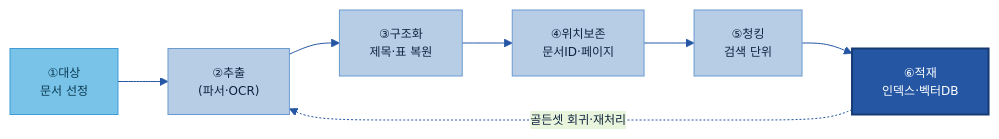
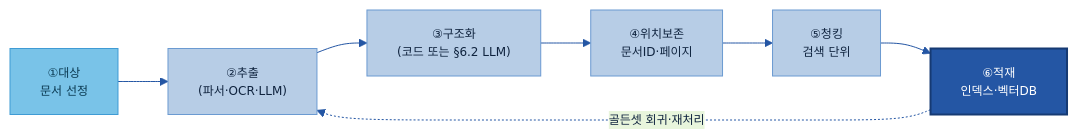
The fifth of 9 diagrams in 가이드 작성/B-1 데이터 전처리/B-1 데이터 전처리.md (jin-kearney/ai-ready-data-manual), drawn with Mermaid before and after one commit. The commit also changed other lines of this file, not shown here.

````diff
--- a/가이드 작성/B-1 데이터 전처리/B-1 데이터 전처리.md
+++ b/가이드 작성/B-1 데이터 전처리/B-1 데이터 전처리.md
@@ -496,15 +496,15 @@
 ```mermaid
 %%{init: {'theme':'base','themeVariables':{'primaryColor':'#DCE8F5','primaryBorderColor':'#2456A4','primaryTextColor':'#10243f','lineColor':'#2456A4','fontSize':'12px'}}}%%
 flowchart LR
     A1["①대상<br/>문서 선정"]:::src
-    A2["②추출<br/>(파서·OCR)"]:::n
-    A3["③구조화<br/>제목·표 복원"]:::n
+    A2["②추출<br/>(파서·OCR·LLM)"]:::n
+    A3["③구조화<br/>(코드 또는 §6.2 LLM)"]:::n
     A4["④위치보존<br/>문서ID·페이지"]:::n
     A5["⑤청킹<br/>검색 단위"]:::n
     A6["⑥적재<br/>인덱스·벡터DB"]:::cat
     A1 --> A2 --> A3 --> A4 --> A5 --> A6
     A6 -.골든셋 회귀·재처리.-> A2
     classDef n fill:#B7CDE6,stroke:#6B9AD1,color:#10243f;
     classDef src fill:#79C3E8,stroke:#3F9BD4,color:#0b3a52;
     classDef cat fill:#2456A4,color:#fff,stroke:#163a73,stroke-width:2px;
 ```
````
